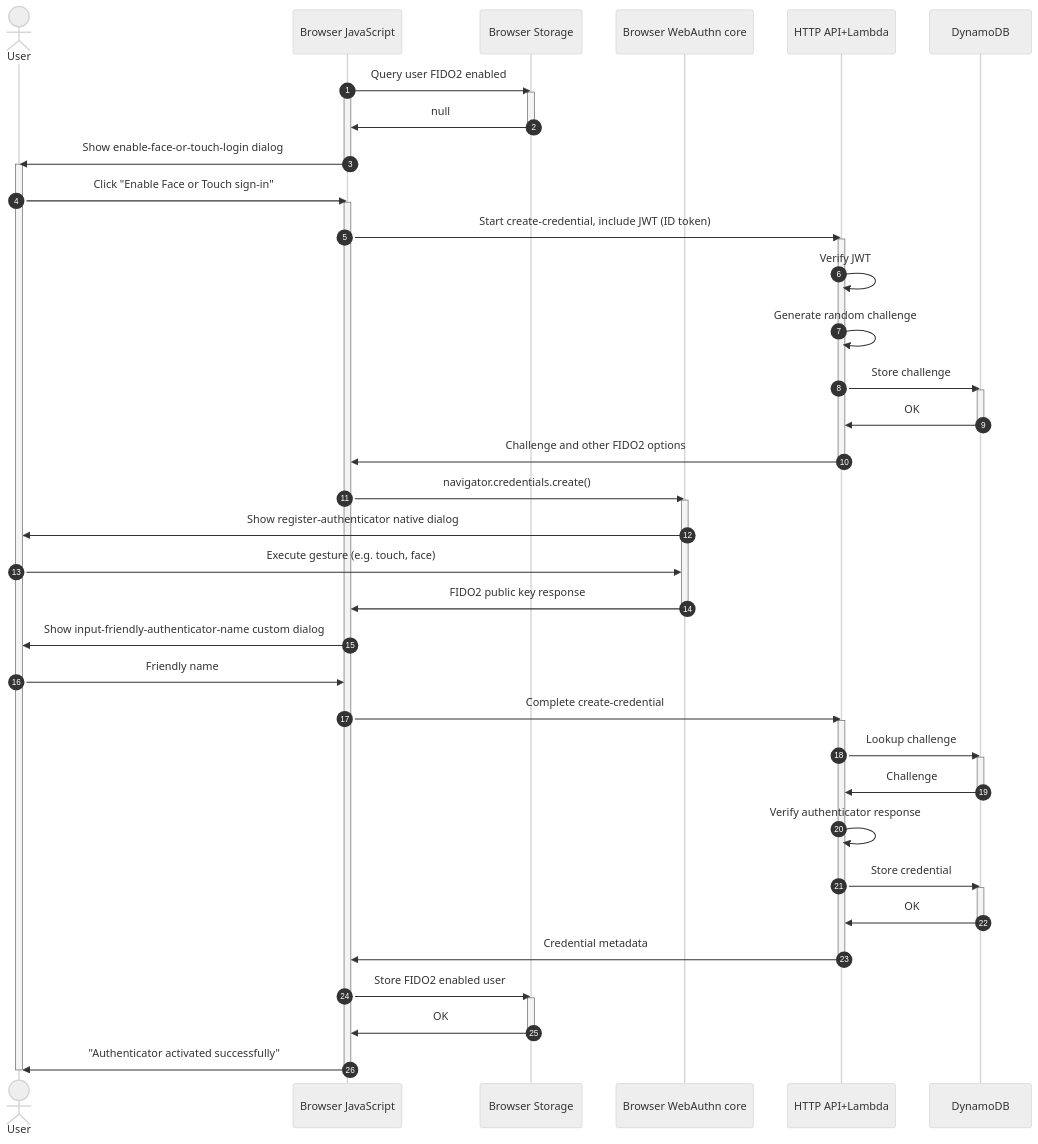
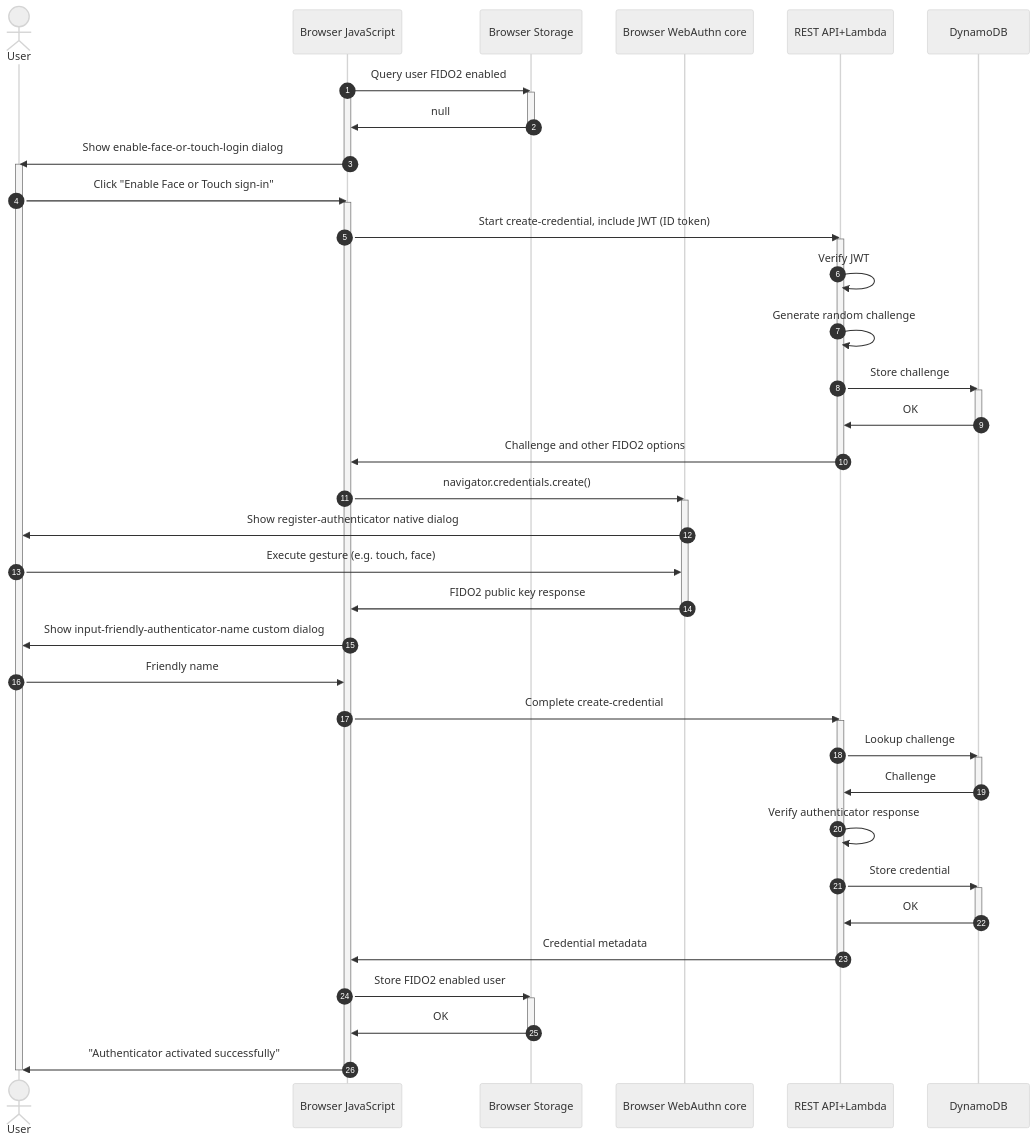
One commit to aws-samples/amazon-cognito-passwordless-auth changed the first of 3 diagrams in FIDO2.md. Above: the diagram before and after it, drawn with Mermaid (neutral theme). The commit also changed other lines of this file and 19 other files, not shown here.

````diff
--- a/FIDO2.md
+++ b/FIDO2.md
@@ -34,58 +34,58 @@
 ```mermaid
 sequenceDiagram
     autonumber
     actor User
     participant BJS as Browser JavaScript
     participant BLS as Browser Storage
     participant BC as Browser WebAuthn core
-    participant API as HTTP API+Lambda
+    participant API as REST API+Lambda
     participant DB as DynamoDB
     BJS->>BLS: Query user FIDO2 enabled
     Activate BJS
     Activate BLS
     BLS->>BJS: null
     Deactivate BLS
     BJS->>User: Show enable-face-or-touch-login dialog
     Deactivate BJS
     Activate User
     User->>BJS: Click "Enable Face or Touch sign-in"
     Activate BJS
     BJS->>API: Start create-credential, include JWT (ID token)
     Activate API
     API->>API: Verify JWT
     API->>API: Generate random challenge
     API->>DB: Store challenge
     Activate DB
     DB->>API: OK
     Deactivate DB
     API->>BJS: Challenge and other FIDO2 options
     Deactivate API
     BJS->>BC: navigator.credentials.create()
     Activate BC
     BC->>User: Show register-authenticator native dialog
     User->>BC: Execute gesture (e.g. touch, face)
     BC->>BJS: FIDO2 public key response
     Deactivate BC
     BJS->>User: Show input-friendly-authenticator-name custom dialog
     User->>BJS: Friendly name
     BJS->>API: Complete create-credential
     Activate API
     API->>DB: Lookup challenge
     Activate DB
     DB->>API: Challenge
     Deactivate DB
     API->>API: Verify authenticator response
     API->>DB: Store credential
     Activate DB
     DB->>API: OK
     Deactivate DB
     API->>BJS: Credential metadata
     Deactivate API
     BJS->>BLS: Store FIDO2 enabled user
     Activate BLS
     BLS->>BJS: OK
     Deactivate BLS
     BJS->>User: "Authenticator activated successfully"
     Deactivate BJS
     Deactivate User
 ```
````
